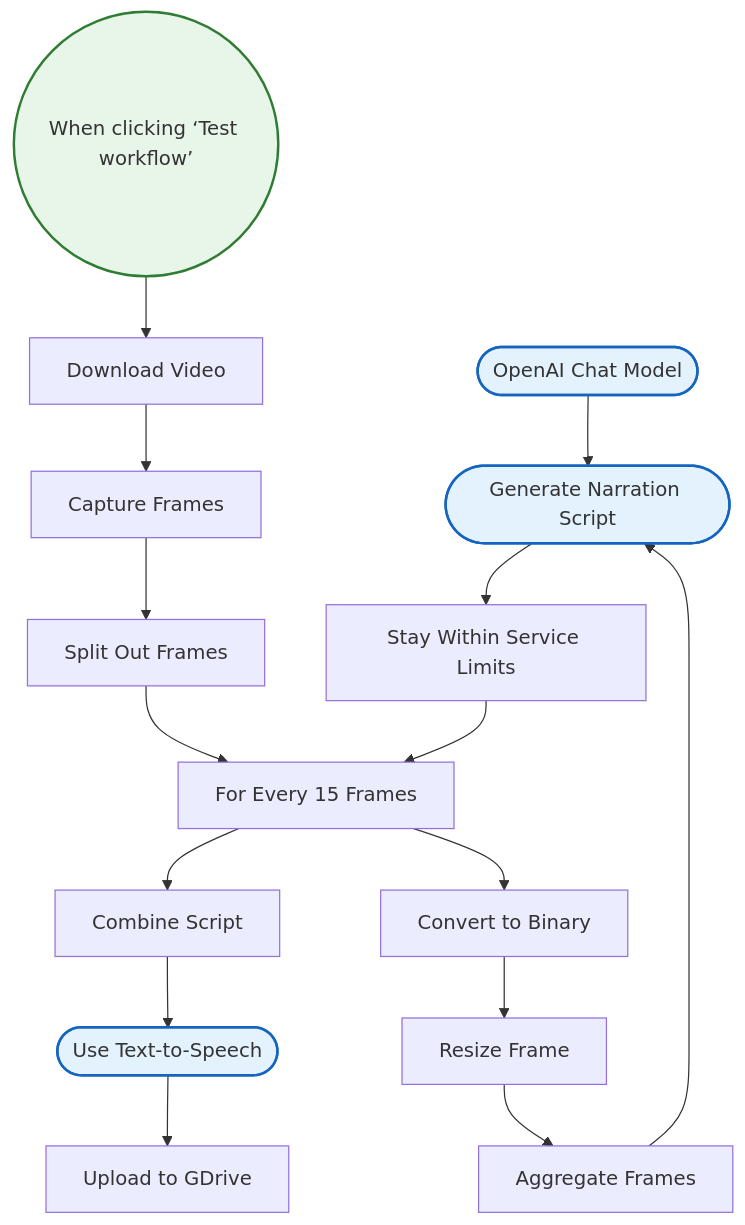
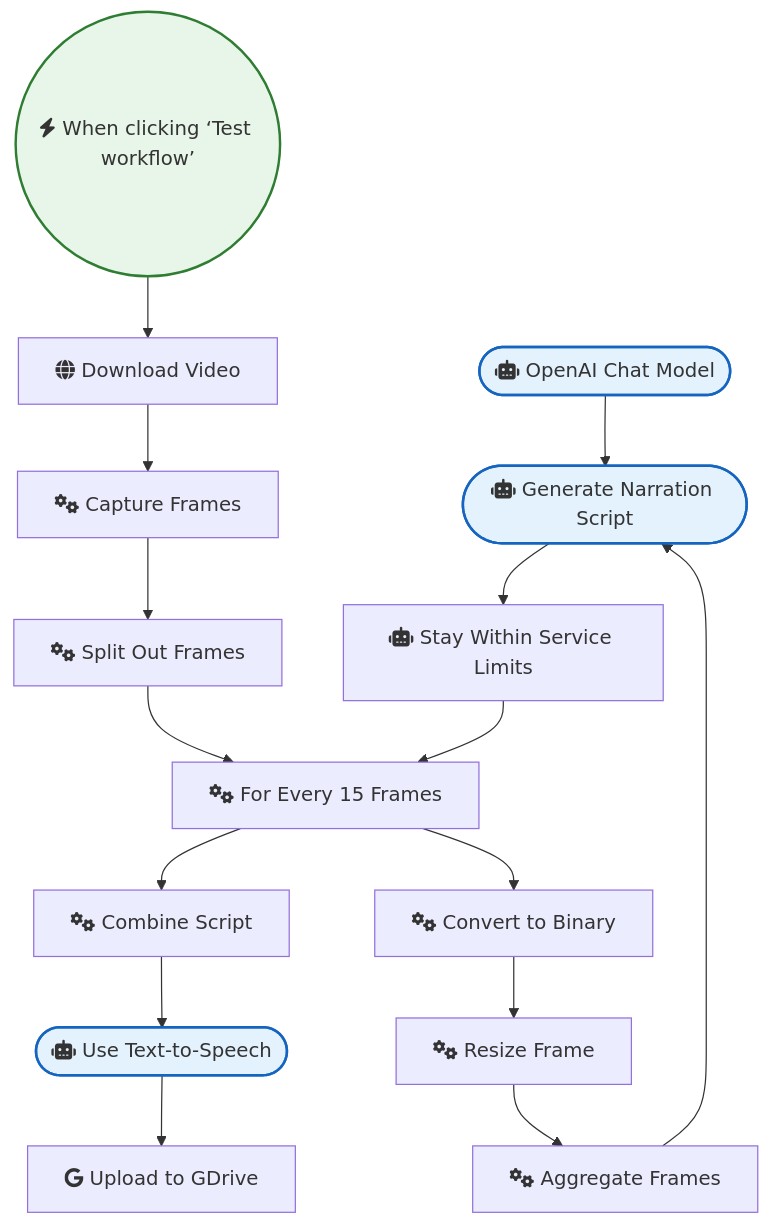
Before and after one commit to sreyash3105/N8N-DEMO-AUTOMATIONS: the diagram in OpenAI_and_LLMs/Narrating over a Video using Multimodal AI.md, drawn with Mermaid. The commit also changed 291 other files, not shown here.

````diff
--- a/OpenAI_and_LLMs/Narrating over a Video using Multimodal AI.md
+++ b/OpenAI_and_LLMs/Narrating over a Video using Multimodal AI.md
@@ -1,36 +1,36 @@
 ```mermaid
 graph TD
     classDef trigger fill:#e8f5e9,stroke:#2e7d32,stroke-width:2px;
     classDef ai fill:#e3f2fd,stroke:#1565c0,stroke-width:2px;
     classDef logic fill:#fff3e0,stroke:#ef6c00,stroke-width:2px;
 
-    OpenAI_Chat_Model(["OpenAI Chat Model"]):::ai
-    Capture_Frames["Capture Frames"]
-    Split_Out_Frames["Split Out Frames"]
-    Download_Video["Download Video"]
-    Convert_to_Binary["Convert to Binary"]
-    When_clicking__Test_workflow_(("When clicking ‘Test workflow’")):::trigger
-    Combine_Script["Combine Script"]
-    Upload_to_GDrive["Upload to GDrive"]
-    Stay_Within_Service_Limits["Stay Within Service Limits"]
-    For_Every_15_Frames["For Every 15 Frames"]
-    Resize_Frame["Resize Frame"]
-    Aggregate_Frames["Aggregate Frames"]
-    Use_Text_to_Speech(["Use Text-to-Speech"]):::ai
-    Generate_Narration_Script(["Generate Narration Script"]):::ai
+    OpenAI_Chat_Model(["fas:fa-robot OpenAI Chat Model"]):::ai
+    Capture_Frames["fas:fa-cogs Capture Frames"]
+    Split_Out_Frames["fas:fa-cogs Split Out Frames"]
+    Download_Video["fas:fa-globe Download Video"]
+    Convert_to_Binary["fas:fa-cogs Convert to Binary"]
+    When_clicking__Test_workflow_(("fas:fa-bolt When clicking ‘Test workflow’")):::trigger
+    Combine_Script["fas:fa-cogs Combine Script"]
+    Upload_to_GDrive["fab:fa-google Upload to GDrive"]
+    Stay_Within_Service_Limits["fas:fa-robot Stay Within Service Limits"]
+    For_Every_15_Frames["fas:fa-cogs For Every 15 Frames"]
+    Resize_Frame["fas:fa-cogs Resize Frame"]
+    Aggregate_Frames["fas:fa-cogs Aggregate Frames"]
+    Use_Text_to_Speech(["fas:fa-robot Use Text-to-Speech"]):::ai
+    Generate_Narration_Script(["fas:fa-robot Generate Narration Script"]):::ai
 
     Resize_Frame --> Aggregate_Frames
     Capture_Frames --> Split_Out_Frames
     Combine_Script --> Use_Text_to_Speech
     Download_Video --> Capture_Frames
     Aggregate_Frames --> Generate_Narration_Script
     Split_Out_Frames --> For_Every_15_Frames
     Convert_to_Binary --> Resize_Frame
     OpenAI_Chat_Model --> Generate_Narration_Script
     Use_Text_to_Speech --> Upload_to_GDrive
     For_Every_15_Frames --> Combine_Script
     For_Every_15_Frames --> Convert_to_Binary
     Generate_Narration_Script --> Stay_Within_Service_Limits
     Stay_Within_Service_Limits --> For_Every_15_Frames
     When_clicking__Test_workflow_ --> Download_Video
 ```
````
